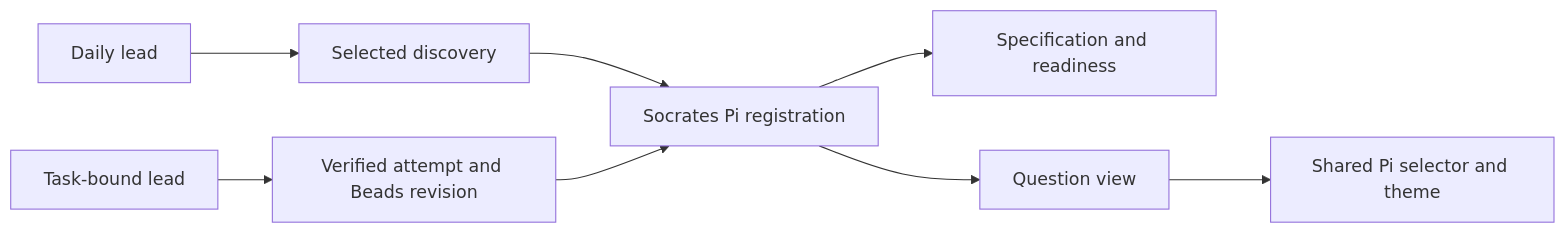
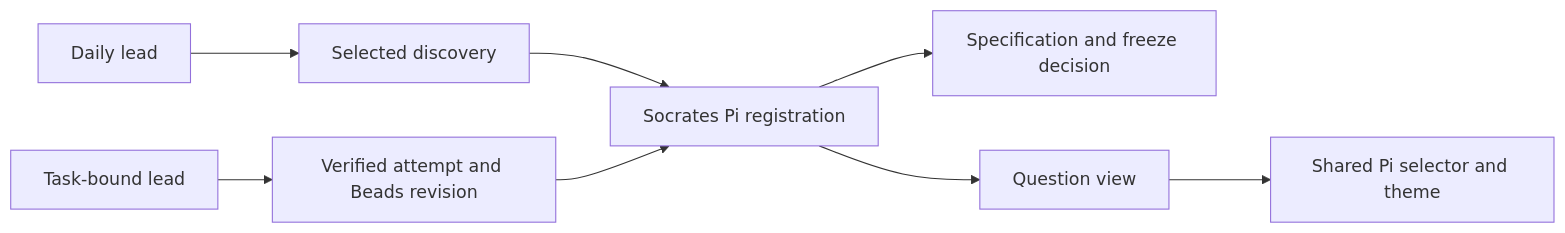
One commit to lanej/studio changed the diagram in docs/architecture.md. Above: the diagram before and after it, drawn with Mermaid. The commit also changed other lines of this file and 14 other files, not shown here.

````diff
--- a/docs/architecture.md
+++ b/docs/architecture.md
@@ -33,10 +33,10 @@
 ```mermaid
 flowchart LR
     Daily["Daily lead"] --> Discovery["Selected discovery"]
     Managed["Task-bound lead"] --> Attempt["Verified attempt and Beads revision"]
     Discovery --> Adapter["Socrates Pi registration"]
     Attempt --> Adapter
-    Adapter --> Rules["Specification and readiness"]
+    Adapter --> Rules["Specification and freeze decision"]
     Adapter --> View["Question view"]
     View --> Selector["Shared Pi selector and theme"]
 ```
````
